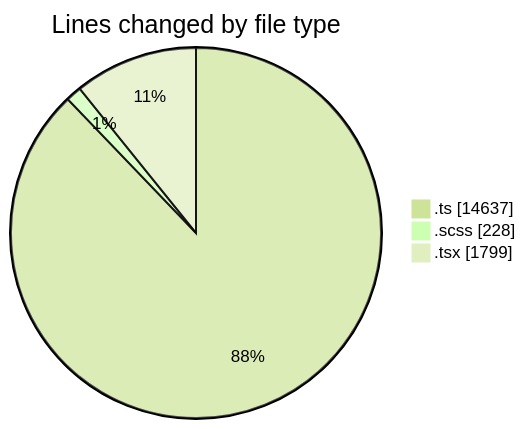
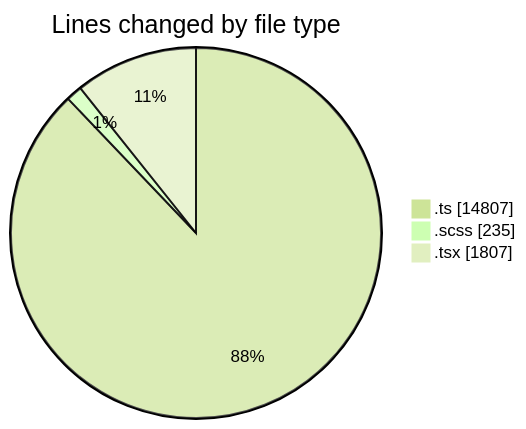
Before and after one commit to momahboobian/code-tracking: the first of 2 diagrams in 2025-08-27/cda/README.md, drawn with Mermaid (forest theme). The commit also changed other lines of this file and 1 other file, not shown here.

````diff
--- a/2025-08-27/cda/README.md
+++ b/2025-08-27/cda/README.md
@@ -29,7 +30,7 @@
 ```mermaid
 pie showData
 title Lines changed by file type
-".ts" : 14637
-".scss" : 228
-".tsx" : 1799
+".ts" : 14807
+".scss" : 235
+".tsx" : 1807
 ```
````
